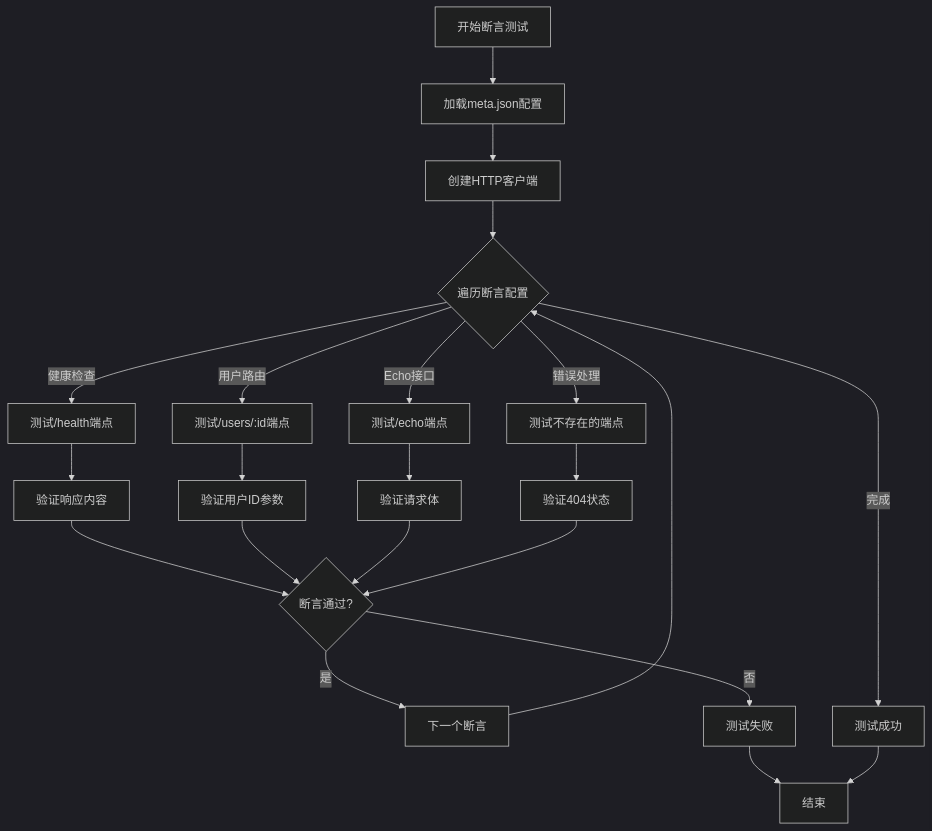
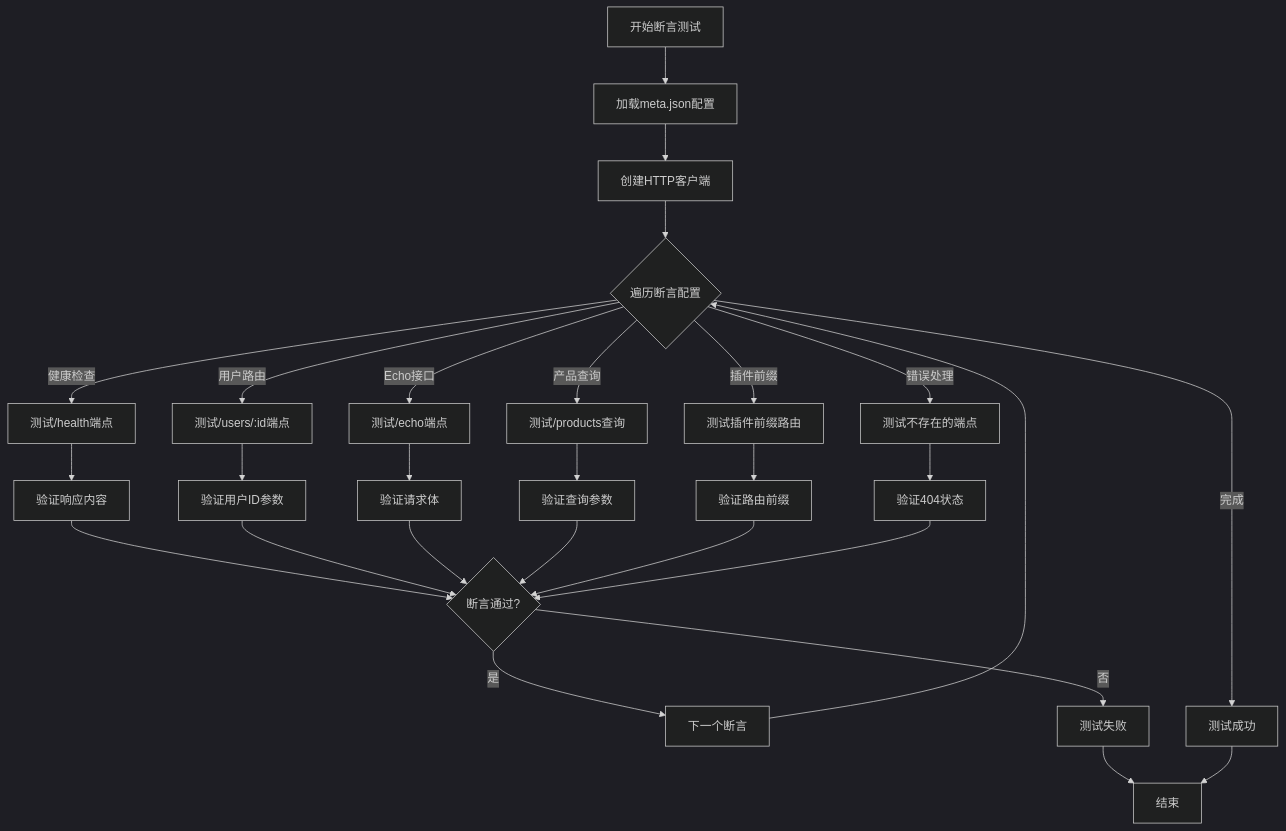
The ninth of 14 diagrams in .qoder/repowiki/zh/content/后端框架测试/Fastify高性能框架测试.md (esa-sp/test-for-aone-ci), drawn with Mermaid (dark theme) before and after one commit. The commit also changed other lines of this file and 119 other files, not shown here.

````diff
--- a/.qoder/repowiki/zh/content/后端框架测试/Fastify高性能框架测试.md
+++ b/.qoder/repowiki/zh/content/后端框架测试/Fastify高性能框架测试.md
@@ -230,24 +372,30 @@
 ```mermaid
 flowchart TD
 Start[开始断言测试] --> LoadConfig[加载meta.json配置]
 LoadConfig --> CreateClient[创建HTTP客户端]
 CreateClient --> LoopRoutes{遍历断言配置}
 LoopRoutes --> |健康检查| HealthTest[测试/health端点]
 LoopRoutes --> |用户路由| UserTest[测试/users/:id端点]
 LoopRoutes --> |Echo接口| EchoTest[测试/echo端点]
+LoopRoutes --> |产品查询| ProductTest[测试/products查询]
+LoopRoutes --> |插件前缀| PrefixTest[测试插件前缀路由]
 LoopRoutes --> |错误处理| ErrorTest[测试不存在的端点]
 HealthTest --> VerifyHealth[验证响应内容]
 UserTest --> VerifyUser[验证用户ID参数]
 EchoTest --> VerifyBody[验证请求体]
+ProductTest --> VerifyQuery[验证查询参数]
+PrefixTest --> VerifyPrefix[验证路由前缀]
 ErrorTest --> Verify404[验证404状态]
 VerifyHealth --> CheckResult{断言通过?}
 VerifyUser --> CheckResult
 VerifyBody --> CheckResult
+VerifyQuery --> CheckResult
+VerifyPrefix --> CheckResult
 Verify404 --> CheckResult
 CheckResult --> |是| NextRoute[下一个断言]
 CheckResult --> |否| FailTest[测试失败]
 NextRoute --> LoopRoutes
 LoopRoutes --> |完成| Success[测试成功]
 FailTest --> End[结束]
 Success --> End
 ```
````
